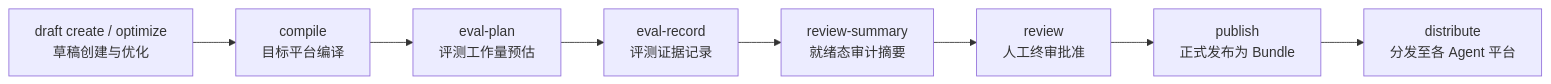
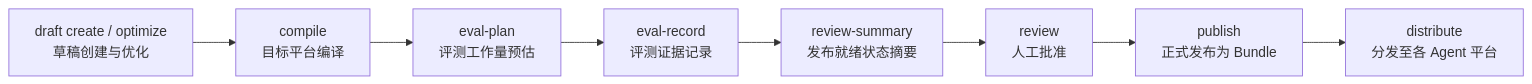
The first of 2 diagrams in zh/cli/bundle.mdx (rpamis/comet-website-docs), drawn with Mermaid before and after one commit. The commit also changed other lines of this file and 102 other files, not shown here.

````diff
--- a/zh/cli/bundle.mdx
+++ b/zh/cli/bundle.mdx
@@ -19,10 +19,10 @@
 ```mermaid
 flowchart LR
   A["draft create / optimize<br/>草稿创建与优化"] --> B["compile<br/>目标平台编译"]
   B --> C["eval-plan<br/>评测工作量预估"]
   C --> D["eval-record<br/>评测证据记录"]
-  D --> E["review-summary<br/>就绪态审计摘要"]
-  E --> F["review<br/>人工终审批准"]
+  D --> E["review-summary<br/>发布就绪状态摘要"]
+  E --> F["review<br/>人工批准"]
   F --> G["publish<br/>正式发布为 Bundle"]
   G --> H["distribute<br/>分发至各 Agent 平台"]
 ```
````
